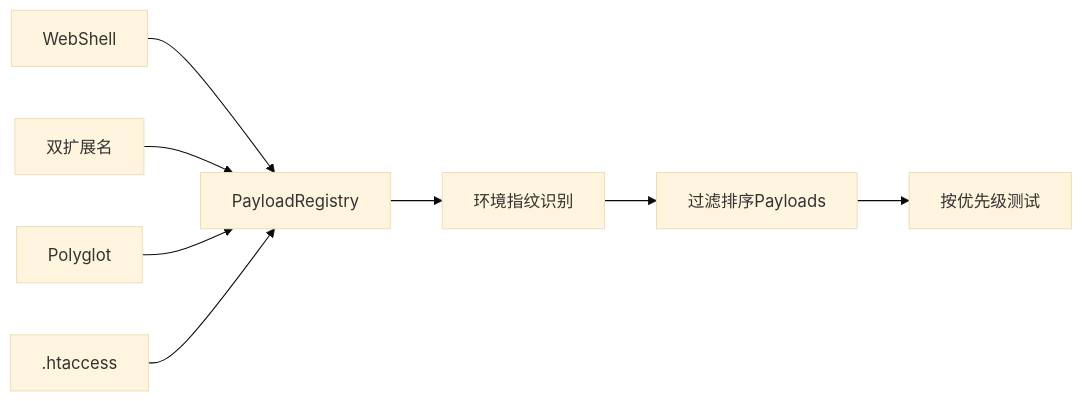
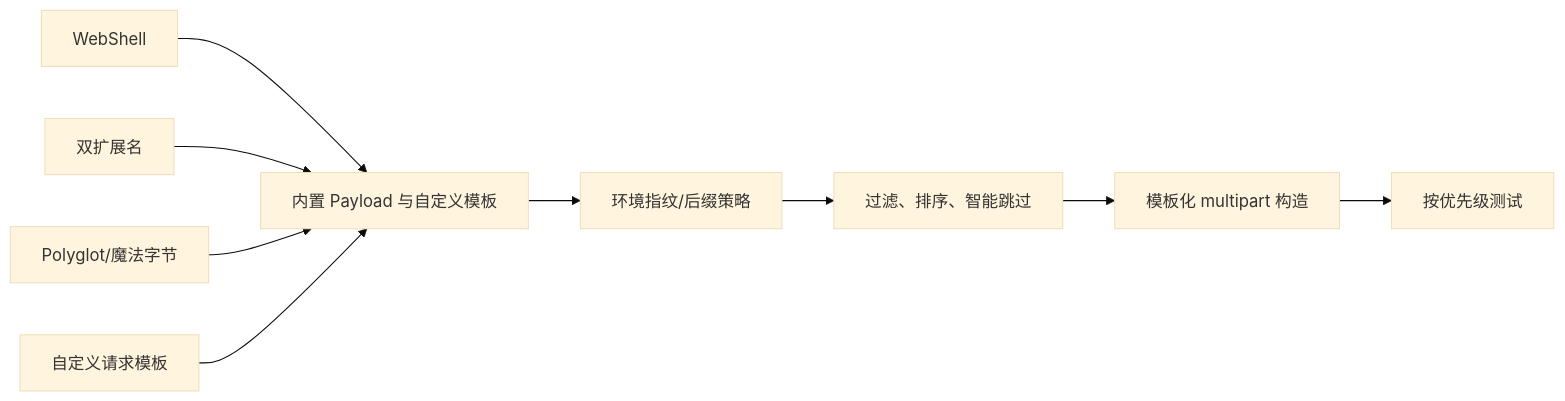
One commit to Gentle-bae/UploadRanger changed the second of 3 diagrams in README.md. Above: the diagram before and after it, drawn with Mermaid (base theme). The commit also changed other lines of this file and 54 other files, not shown here.

````diff
--- a/README.md
+++ b/README.md
@@ -49,11 +67,12 @@
 ```mermaid
 graph LR
-    A[PayloadRegistry] --> B[环境指纹识别]
-    B --> C[过滤排序Payloads]
-    C --> D[按优先级测试]
+    A[内置 Payload 与自定义模板] --> B[环境指纹/后缀策略]
+    B --> C[过滤、排序、智能跳过]
+    C --> D[模板化 multipart 构造]
+    D --> E[按优先级测试]
     
-    E[WebShell] --> A
-    F[双扩展名] --> A
-    G[Polyglot] --> A
-    H[.htaccess] --> A
+    F[WebShell] --> A
+    G[双扩展名] --> A
+    H[Polyglot/魔法字节] --> A
+    I[自定义请求模板] --> A
 ```
````
